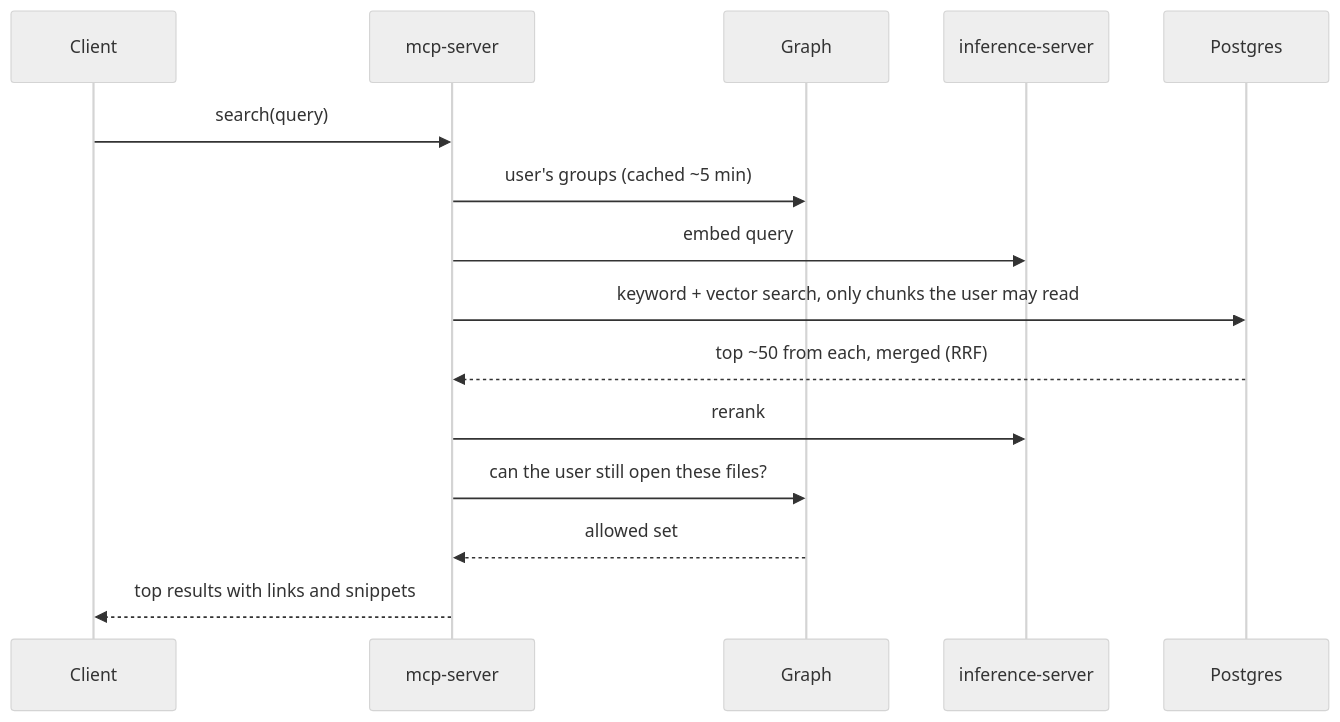
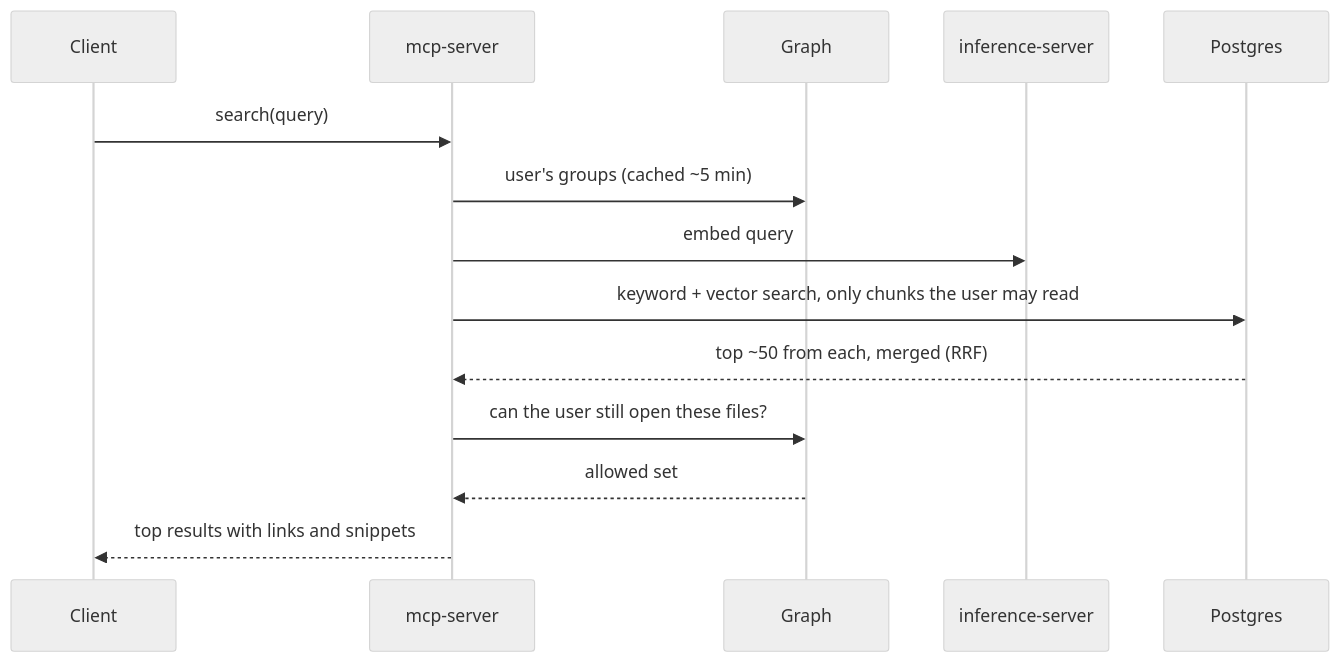
The third of 4 diagrams in docs/architecture.md (istvanvonfedak/sharepoint-knowledge-agent), drawn with Mermaid (neutral theme) before and after one commit. The commit also changed other lines of this file and 77 other files, not shown here.

First line of the commit message:
Implement the index architecture: sync-worker, inference-server and sharepoint_ask

````diff
--- a/docs/architecture.md
+++ b/docs/architecture.md
@@ -181,18 +175,17 @@
 ```mermaid
 sequenceDiagram
     participant C as Client
     participant S as mcp-server
     participant G as Graph
     participant I as inference-server
     participant P as Postgres
 
     C->>S: search(query)
     S->>G: user's groups (cached ~5 min)
     S->>I: embed query
     S->>P: keyword + vector search, only chunks the user may read
     P-->>S: top ~50 from each, merged (RRF)
-    S->>I: rerank
     S->>G: can the user still open these files?
     G-->>S: allowed set
     S-->>C: top results with links and snippets
 ```
````
